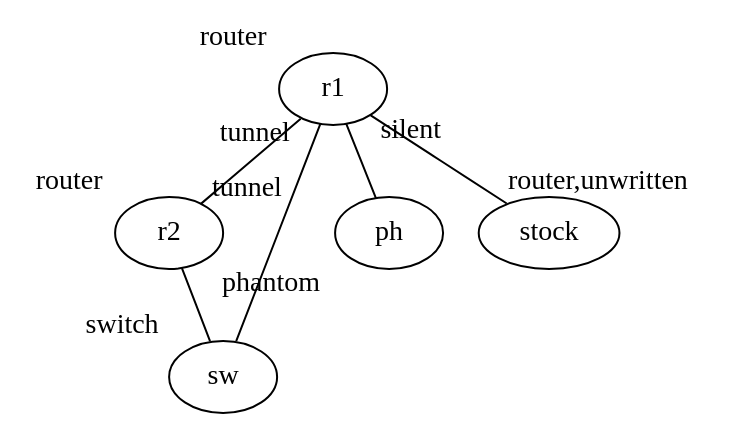
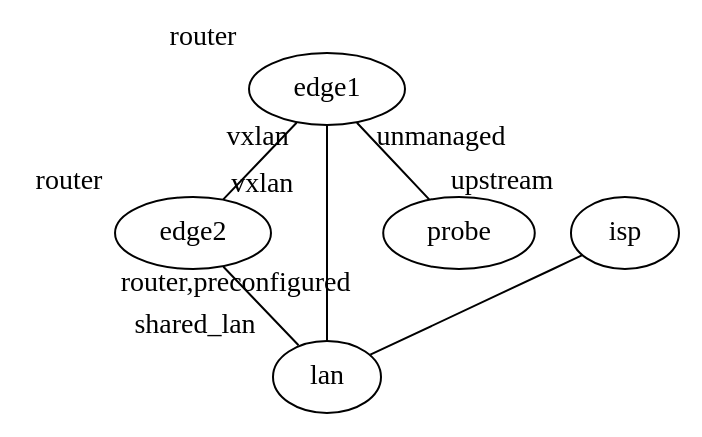
Before and after one commit to cpflat/dot2net: the diagram in example/deploy_and_virtual/input.dot, drawn with Graphviz. The commit also changed 11 other files, not shown here.

Commit message:
example: a site drawn as it is, not a list of flag values

```diff
--- a/example/deploy_and_virtual/input.dot
+++ b/example/deploy_and_virtual/input.dot
@@ -1,23 +1,30 @@
 digraph {
-	// Every form deploy can take, in one graph. See input.yaml for what each
-	// class asks for, and expected/ for what each one produces.
-	r1[xlabel="router"];
-	r2[xlabel="router"];
-	sw[xlabel="switch"];        // the platform provides this one itself
-	ph[xlabel="phantom"];       // nobody deploys this one
-	stock[xlabel="router,unwritten"];   // deployed, but dot2net writes nothing into it
+	// A small site, drawn as it actually is: not everything in the picture is a
+	// container of ours, and not everything of ours is ours to configure.
+	//
+	//   edge1, edge2 - our routers
+	//   lan          - the segment they share. Every platform has one of these
+	//                  already, so we take the platform's rather than run our own
+	//   isp          - the upstream router, on the same segment. Someone else
+	//                  runs it. We draw it so that the address it holds is one
+	//                  nobody else is given: edge1 gets .1, isp .2, edge2 .3
+	//   probe        - an appliance that arrives configured. We start it and
+	//                  leave it alone
+	//   the overlay  - edge1 and edge2 also reach each other over a tunnel they
+	//                  build themselves. Nothing lays a wire for it
 
-	r1->sw[dir="none"];
-	r2->sw[dir="none"];
+	edge1[xlabel="router"];
+	edge2[xlabel="router"];
+	lan[xlabel="shared_lan"];
+	isp[xlabel="upstream"];
+	probe[xlabel="router,preconfigured"];
 
-	// A link to a node nobody deploys. It shapes the addressing and nothing else.
-	r1->ph[dir="none"];
+	edge1->lan[dir="none"];
+	edge2->lan[dir="none"];
+	isp->lan[dir="none"];
 
-	// Not a wire: a tunnel the configuration builds, between two ends that are
-	// real. Both ends get a name of their own so that they take no number from
-	// the run the platform's own interfaces are named from.
-	r1->r2[dir="none", class="overlay", headlabel="tunnel", taillabel="tunnel"];
+	edge1->edge2[dir="none", class="overlay", headlabel="vxlan", taillabel="vxlan"];
 
-	// r1's end of this link is wired like any other, and says nothing.
-	r1->stock[dir="none", taillabel="silent"];
+	// The appliance addresses this link itself, so our end says nothing.
+	edge1->probe[dir="none", taillabel="unmanaged"];
 }
```
